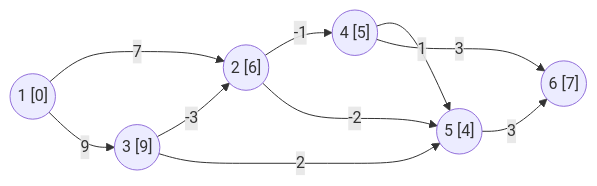
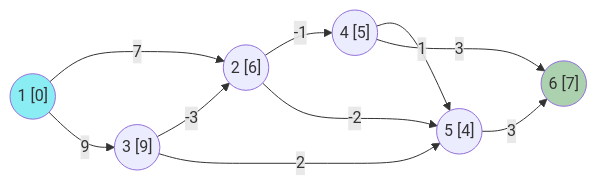
One commit to xarll/vpr changed the diagram in items/expop/lab/lab2_3/README.md. Above: the diagram before and after it, drawn with Mermaid.

````diff
--- a/items/expop/lab/lab2_3/README.md
+++ b/items/expop/lab/lab2_3/README.md
@@ -14,14 +14,18 @@
 ```mermaid
 flowchart LR
 
 1(("1 [0]")) -- 7 -->2(("2 [6]"))
 1(("1 [0]")) -- 9 -->3(("3 [9]"))
 2(("2 [6]")) -- -1 -->4(("4 [5]"))
 2(("2 [6]")) -- -2 -->5(("5 [4]"))
 3(("3 [9]")) -- -3 -->2(("2 [6]"))
 3(("3 [9]")) -- 2 -->5(("5 [4]"))
 4(("4 [5]")) -- 1 -->5(("5 [4]"))
 4(("4 [5]")) -- 3 -->6(("6 [7]"))
 5(("5 [4]")) -- 3 -->6(("6 [7]"))
 
+
+style 1 fill:#8BEDF4
+style 6 fill:#ACD1AF
+
 ```
````
